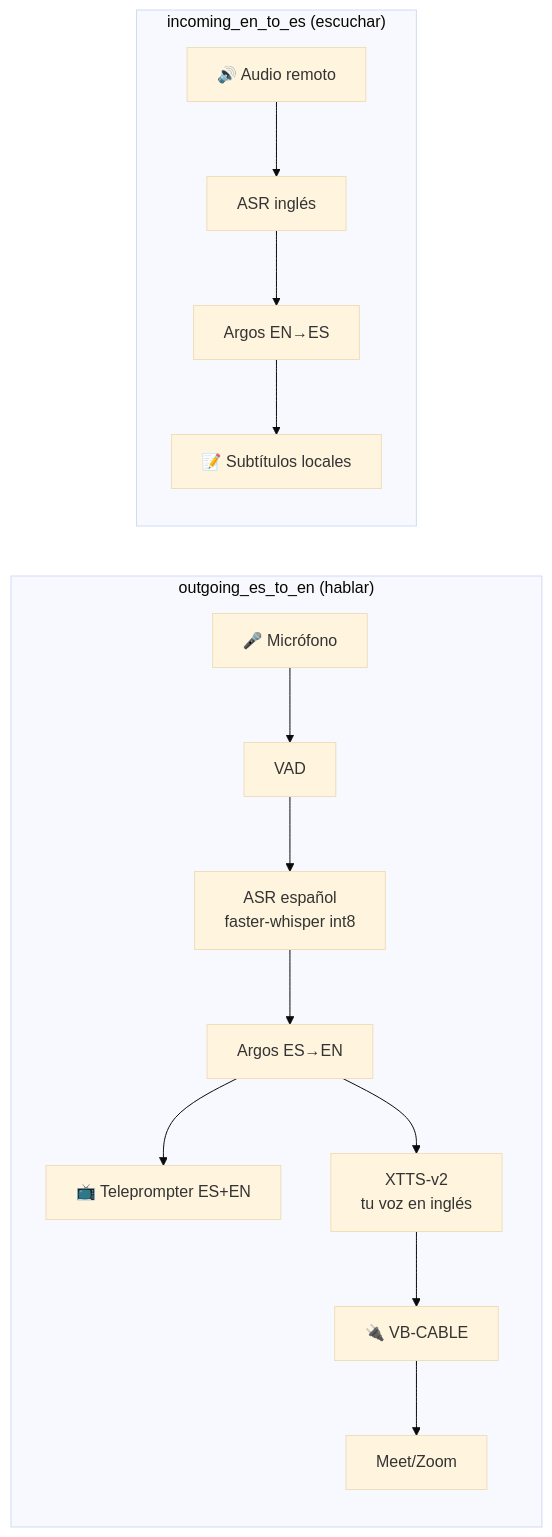
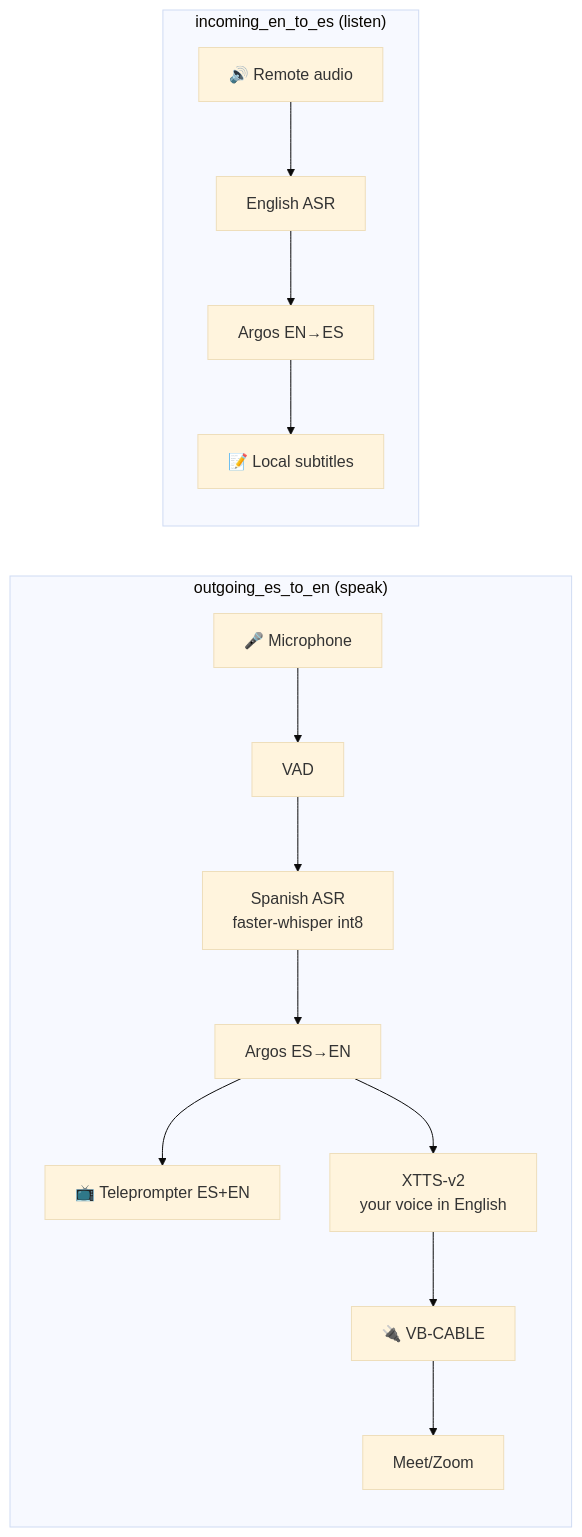
Before and after one commit to KevinGracianoL/realtime-voice-translator: the diagram in README.md, drawn with Mermaid (base theme). The commit also changed other lines of this file and 1 other file, not shown here.

````diff
--- a/README.md
+++ b/README.md
@@ -74,17 +76,17 @@
 ```mermaid
 flowchart LR
-    subgraph OUT["outgoing_es_to_en (hablar)"]
-        M1[🎤 Micrófono] --> VAD[VAD]
-        VAD --> ASR[ASR español<br/>faster-whisper int8]
+    subgraph OUT["outgoing_es_to_en (speak)"]
+        M1[🎤 Microphone] --> VAD[VAD]
+        VAD --> ASR[Spanish ASR<br/>faster-whisper int8]
         ASR --> TR[Argos ES→EN]
         TR --> TP[📺 Teleprompter ES+EN]
-        TR --> TTS[XTTS-v2<br/>tu voz en inglés]
+        TR --> TTS[XTTS-v2<br/>your voice in English]
         TTS --> CABLE[🔌 VB-CABLE]
         CABLE --> MEET[Meet/Zoom]
     end
-    subgraph IN["incoming_en_to_es (escuchar)"]
-        REM[🔊 Audio remoto] --> ASREN[ASR inglés]
+    subgraph IN["incoming_en_to_es (listen)"]
+        REM[🔊 Remote audio] --> ASREN[English ASR]
         ASREN --> TR2[Argos EN→ES]
-        TR2 --> SUB[📝 Subtítulos locales]
+        TR2 --> SUB[📝 Local subtitles]
     end
 ```
````
